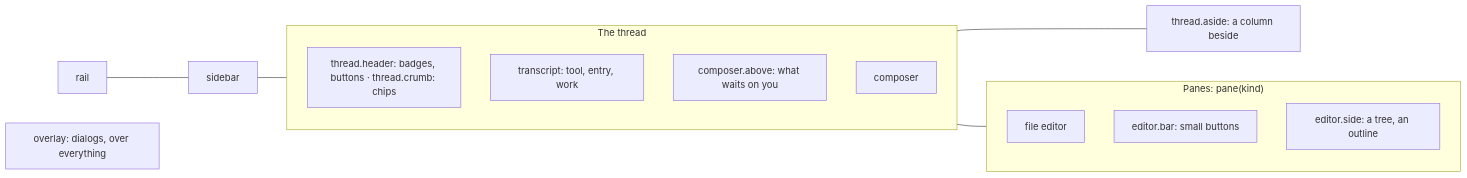
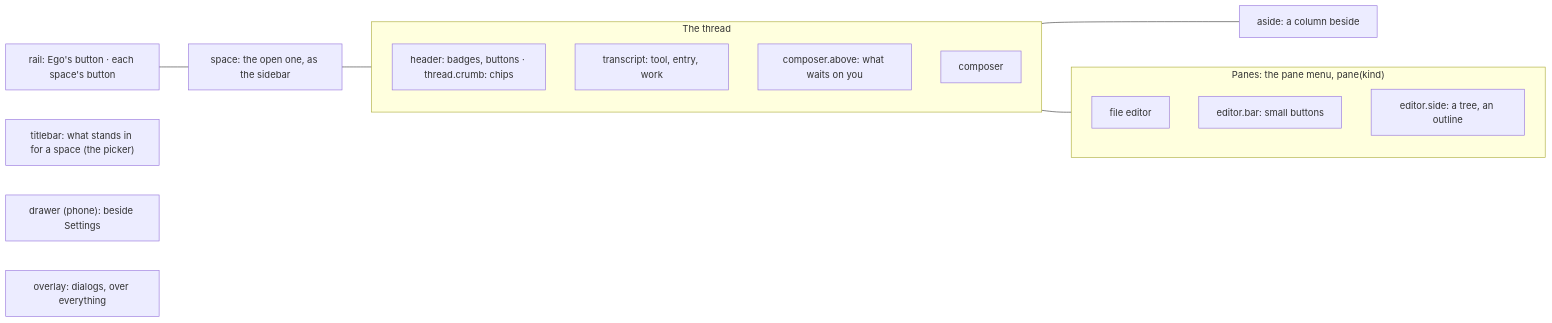
Before and after one commit to githubnext/superego: the diagram in docs/writing-extensions/places.mmd, drawn with Mermaid. The commit also changed 4 other files, not shown here.

```diff
--- a/docs/writing-extensions/places.mmd
+++ b/docs/writing-extensions/places.mmd
@@ -1,17 +1,19 @@
 flowchart LR
-  rail["rail"] --- sidebar["sidebar"]
-  sidebar --- thread
+  rail["rail: Ego's button · each space's button"] --- space["space: the open one, as the sidebar"]
+  space --- thread
   subgraph thread["The thread"]
-    header["thread.header: badges, buttons · thread.crumb: chips"]
+    header["header: badges, buttons · thread.crumb: chips"]
     transcript["transcript: tool, entry, work"]
     above["composer.above: what waits on you"]
     composer["composer"]
   end
-  thread --- aside["thread.aside: a column beside"]
+  thread --- aside["aside: a column beside"]
   thread --- panes
-  subgraph panes["Panes: pane(kind)"]
+  subgraph panes["Panes: the pane menu, pane(kind)"]
     editor["file editor"]
     bar["editor.bar: small buttons"]
     side["editor.side: a tree, an outline"]
   end
+  titlebar["titlebar: what stands in for a space (the picker)"]
+  drawer["drawer (phone): beside Settings"]
   overlay["overlay: dialogs, over everything"]
```
